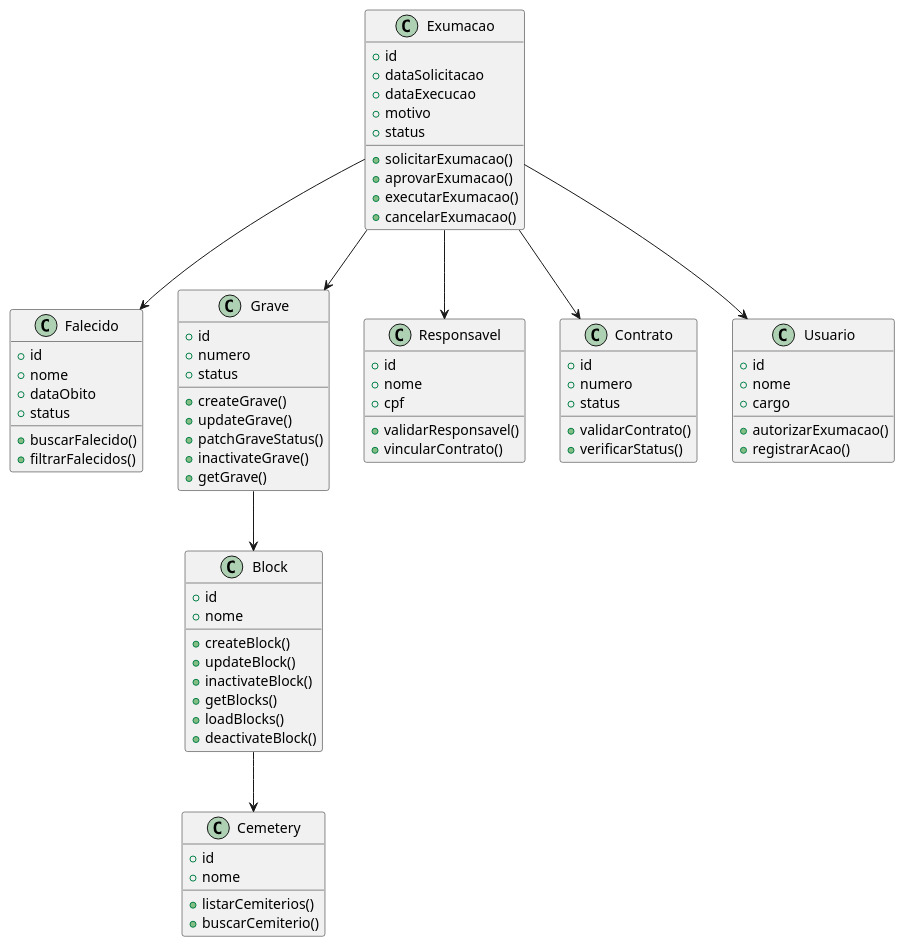
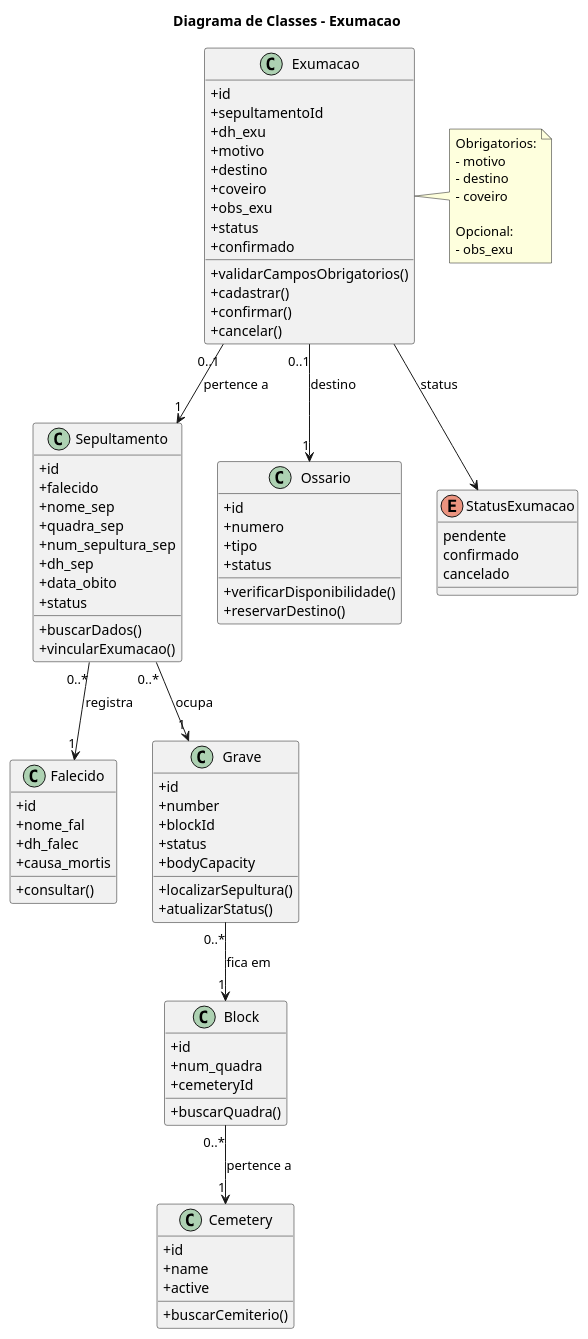
The diagram in front-cemiterio/out/classeExumacao.puml (ramonlopes23/fatec-lab-sgc-projetofinal), drawn with PlantUML before and after one commit. The commit also changed 19 other files, not shown here.

```diff
--- a/front-cemiterio/out/classeExumacao.puml
+++ b/front-cemiterio/out/classeExumacao.puml
@@ -1,95 +1,109 @@
 @startuml
+title Diagrama de Classes - Exumacao
+
+skinparam classAttributeIconSize 0
+skinparam shadowing false
 
 class Exumacao {
   +id
-  +dataSolicitacao
-  +dataExecucao
+  +sepultamentoId
+  +dh_exu
   +motivo
+  +destino
+  +coveiro
+  +obs_exu
+  +status
+  +confirmado
+
+  +validarCamposObrigatorios()
+  +cadastrar()
+  +confirmar()
+  +cancelar()
+}
+
+class Sepultamento {
+  +id
+  +falecido
+  +nome_sep
+  +quadra_sep
+  +num_sepultura_sep
+  +dh_sep
+  +data_obito
   +status
 
-  +solicitarExumacao()
-  +aprovarExumacao()
-  +executarExumacao()
-  +cancelarExumacao()
+  +buscarDados()
+  +vincularExumacao()
 }
 
 class Falecido {
   +id
-  +nome
-  +dataObito
+  +nome_fal
+  +dh_falec
+  +causa_mortis
+
+  +consultar()
+}
+
+class Ossario {
+  +id
+  +numero
+  +tipo
   +status
 
-  +buscarFalecido()
-  +filtrarFalecidos()
+  +verificarDisponibilidade()
+  +reservarDestino()
 }
 
 class Grave {
   +id
-  +numero
+  +number
+  +blockId
   +status
+  +bodyCapacity
 
-  +createGrave()
-  +updateGrave()
-  +patchGraveStatus()
-  +inactivateGrave()
-  +getGrave()
+  +localizarSepultura()
+  +atualizarStatus()
 }
 
 class Block {
   +id
-  +nome
+  +num_quadra
+  +cemeteryId
 
-  +createBlock()
-  +updateBlock()
-  +inactivateBlock()
-  +getBlocks()
-  +loadBlocks()
-  +deactivateBlock()
+  +buscarQuadra()
 }
 
 class Cemetery {
   +id
-  +nome
+  +name
+  +active
 
-  +listarCemiterios()
   +buscarCemiterio()
 }
 
-class Responsavel {
-  +id
-  +nome
-  +cpf
-
-  +validarResponsavel()
-  +vincularContrato()
+enum StatusExumacao {
+  pendente
+  confirmado
+  cancelado
 }
 
-class Contrato {
-  +id
-  +numero
-  +status
+Exumacao "0..1" --> "1" Sepultamento : pertence a
+Exumacao "0..1" --> "1" Ossario : destino
+Exumacao --> StatusExumacao : status
 
-  +validarContrato()
-  +verificarStatus()
-}
+Sepultamento "0..*" --> "1" Falecido : registra
+Sepultamento "0..*" --> "1" Grave : ocupa
+Grave "0..*" --> "1" Block : fica em
+Block "0..*" --> "1" Cemetery : pertence a
 
-class Usuario {
-  +id
-  +nome
-  +cargo
+note right of Exumacao
+  Obrigatorios:
+  - motivo
+  - destino
+  - coveiro
 
-  +autorizarExumacao()
-  +registrarAcao()
-}
-
-Exumacao --> Falecido
-Exumacao --> Grave
-Exumacao --> Responsavel
-Exumacao --> Contrato
-Exumacao --> Usuario
-
-
-Grave --> Block
-Block --> Cemetery
+  Opcional:
+  - obs_exu
+end note
 
 @enduml
```
